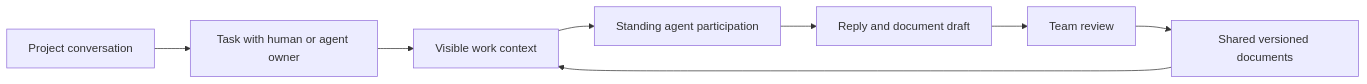
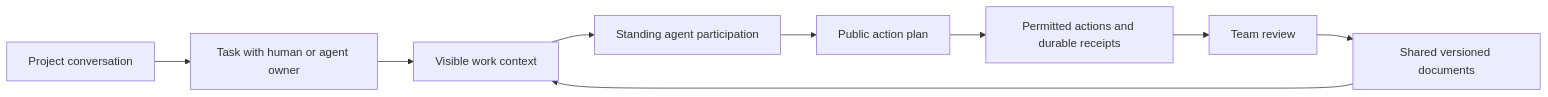
The diagram in README.md (huapohen/active-agent), drawn with Mermaid before and after one commit. The commit also changed other lines of this file and 149 other files, not shown here.

````diff
--- a/README.md
+++ b/README.md
@@ -23,10 +23,11 @@
 ```mermaid
 flowchart LR
     R[Project conversation] --> T[Task with human or agent owner]
     D[Shared versioned documents] --> C[Visible work context]
     T --> C
     C --> A[Standing agent participation]
-    A --> O[Reply and document draft]
+    A --> P[Public action plan]
+    P --> O[Permitted actions and durable receipts]
     O --> V[Team review]
     V --> D
 ```
````
